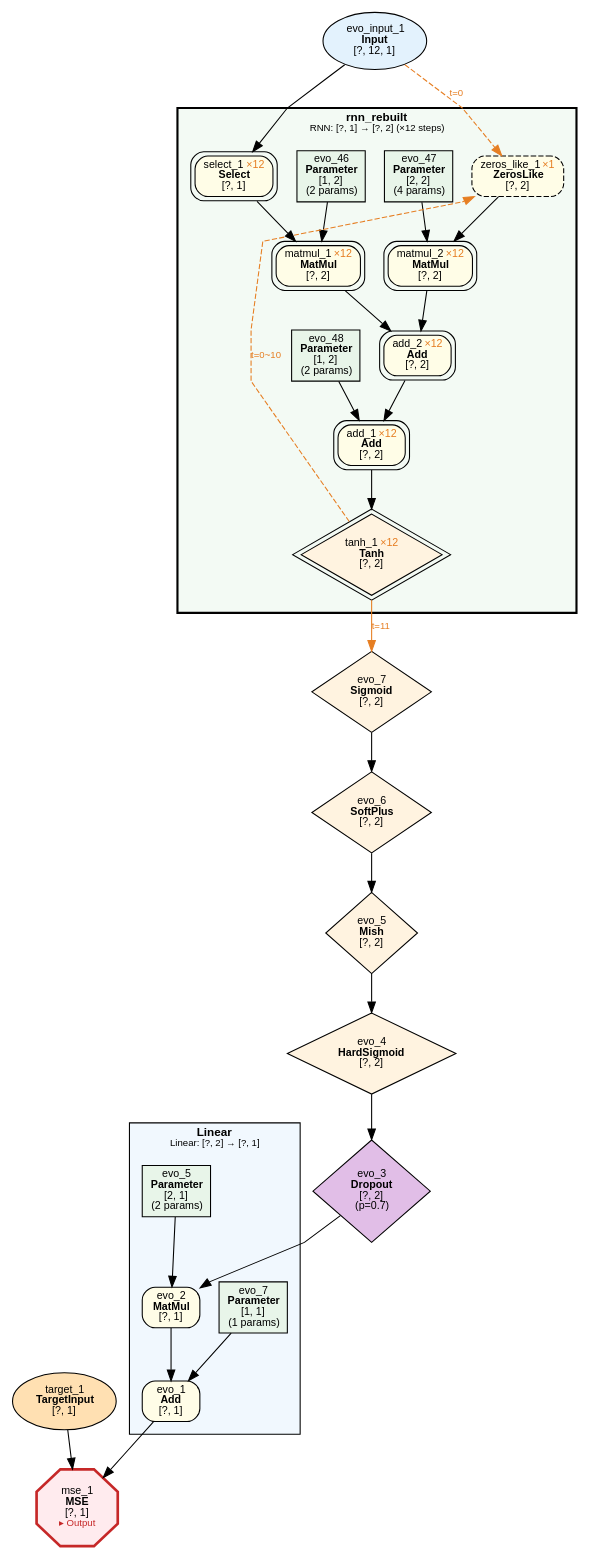
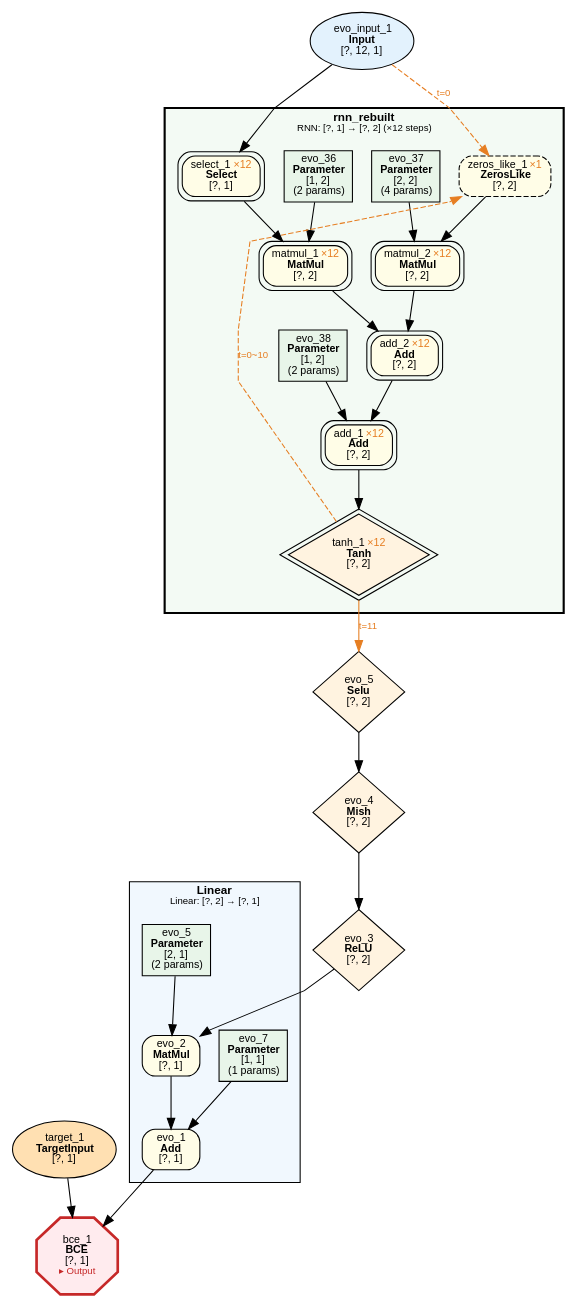
The diagram in examples/evolution/parity_seq_var_len/evolution_parity_seq_var_len.dot (dbsxdbsx/only_torch), drawn with Graphviz before and after one commit. The commit also changed 25 other files, not shown here.

```diff
--- a/examples/evolution/parity_seq_var_len/evolution_parity_seq_var_len.dot
+++ b/examples/evolution/parity_seq_var_len/evolution_parity_seq_var_len.dot
@@ -1,74 +1,70 @@
 digraph ComputeGraph {
     rankdir=TB;
     newrank=true;
     splines=polyline;
     node [fontname="Microsoft YaHei,SimHei,Arial"];
     edge [fontname="Microsoft YaHei,SimHei,Arial"];
 
     subgraph cluster_group_linear_1 {
         label=<<B>Linear</B><BR/><FONT POINT-SIZE="9">Linear: [?, 2] → [?, 1]</FONT>>;
         style=filled;
         fillcolor="#E3F2FD80";
         fontname="Microsoft YaHei,SimHei,Arial";
         fontsize=11;
         margin=12;
             "2" [label=<evo_1<BR/><B>Add</B><BR/>[?, 1]> shape=box style="filled,rounded" fillcolor="#FFFDE7" fontsize=10];
             "4" [label=<evo_2<BR/><B>MatMul</B><BR/>[?, 1]> shape=box style="filled,rounded" fillcolor="#FFFDE7" fontsize=10];
             "5" [label=<evo_7<BR/><B>Parameter</B><BR/>[1, 1]<BR/>(1 params)> shape=box style=filled fillcolor="#E8F5E9" fontsize=10];
             "7" [label=<evo_5<BR/><B>Parameter</B><BR/>[2, 1]<BR/>(2 params)> shape=box style=filled fillcolor="#E8F5E9" fontsize=10];
     }
 
     subgraph cluster_group_rnn_0 {
         label=<<B>rnn_rebuilt</B><BR/><FONT POINT-SIZE="9">RNN: [?, 1] → [?, 2] (×12 steps)</FONT>>;
         style="filled,bold";
         peripheries=3;
         penwidth=2;
         fillcolor="#E8F5E980";
         fontname="Microsoft YaHei,SimHei,Arial";
         fontsize=11;
         margin=12;
-            "12" [label=<evo_48<BR/><B>Parameter</B><BR/>[1, 2]<BR/>(2 params)> shape=box style=filled fillcolor="#E8F5E9" fontsize=10];
-            "13" [label=<evo_46<BR/><B>Parameter</B><BR/>[1, 2]<BR/>(2 params)> shape=box style=filled fillcolor="#E8F5E9" fontsize=10];
-            "14" [label=<evo_47<BR/><B>Parameter</B><BR/>[2, 2]<BR/>(4 params)> shape=box style=filled fillcolor="#E8F5E9" fontsize=10];
-            "16" [label=<tanh_1 <FONT COLOR="#E67E22">×12</FONT><BR/><B>Tanh</B><BR/>[?, 2]> shape=diamond style=filled fillcolor="#FFF3E0" fontsize=10 peripheries=2];
-            "17" [label=<add_1 <FONT COLOR="#E67E22">×12</FONT><BR/><B>Add</B><BR/>[?, 2]> shape=box style="filled,rounded" fillcolor="#FFFDE7" fontsize=10 peripheries=2];
-            "18" [label=<add_2 <FONT COLOR="#E67E22">×12</FONT><BR/><B>Add</B><BR/>[?, 2]> shape=box style="filled,rounded" fillcolor="#FFFDE7" fontsize=10 peripheries=2];
-            "19" [label=<matmul_1 <FONT COLOR="#E67E22">×12</FONT><BR/><B>MatMul</B><BR/>[?, 2]> shape=box style="filled,rounded" fillcolor="#FFFDE7" fontsize=10 peripheries=2];
-            "20" [label=<matmul_2 <FONT COLOR="#E67E22">×12</FONT><BR/><B>MatMul</B><BR/>[?, 2]> shape=box style="filled,rounded" fillcolor="#FFFDE7" fontsize=10 peripheries=2];
-            "21" [label=<select_1 <FONT COLOR="#E67E22">×12</FONT><BR/><B>Select</B><BR/>[?, 1]> shape=box style="filled,rounded" fillcolor="#FFFDE7" fontsize=10 peripheries=2];
-            "22" [label=<zeros_like_1 <FONT COLOR="#E67E22">×1</FONT><BR/><B>ZerosLike</B><BR/>[?, 2]> shape=box style="filled,rounded,dashed" fillcolor="#FFFDE7" fontsize=10];
+            "10" [label=<evo_38<BR/><B>Parameter</B><BR/>[1, 2]<BR/>(2 params)> shape=box style=filled fillcolor="#E8F5E9" fontsize=10];
+            "11" [label=<evo_36<BR/><B>Parameter</B><BR/>[1, 2]<BR/>(2 params)> shape=box style=filled fillcolor="#E8F5E9" fontsize=10];
+            "12" [label=<evo_37<BR/><B>Parameter</B><BR/>[2, 2]<BR/>(4 params)> shape=box style=filled fillcolor="#E8F5E9" fontsize=10];
+            "14" [label=<tanh_1 <FONT COLOR="#E67E22">×12</FONT><BR/><B>Tanh</B><BR/>[?, 2]> shape=diamond style=filled fillcolor="#FFF3E0" fontsize=10 peripheries=2];
+            "15" [label=<add_1 <FONT COLOR="#E67E22">×12</FONT><BR/><B>Add</B><BR/>[?, 2]> shape=box style="filled,rounded" fillcolor="#FFFDE7" fontsize=10 peripheries=2];
+            "16" [label=<add_2 <FONT COLOR="#E67E22">×12</FONT><BR/><B>Add</B><BR/>[?, 2]> shape=box style="filled,rounded" fillcolor="#FFFDE7" fontsize=10 peripheries=2];
+            "17" [label=<matmul_1 <FONT COLOR="#E67E22">×12</FONT><BR/><B>MatMul</B><BR/>[?, 2]> shape=box style="filled,rounded" fillcolor="#FFFDE7" fontsize=10 peripheries=2];
+            "18" [label=<matmul_2 <FONT COLOR="#E67E22">×12</FONT><BR/><B>MatMul</B><BR/>[?, 2]> shape=box style="filled,rounded" fillcolor="#FFFDE7" fontsize=10 peripheries=2];
+            "19" [label=<select_1 <FONT COLOR="#E67E22">×12</FONT><BR/><B>Select</B><BR/>[?, 1]> shape=box style="filled,rounded" fillcolor="#FFFDE7" fontsize=10 peripheries=2];
+            "20" [label=<zeros_like_1 <FONT COLOR="#E67E22">×1</FONT><BR/><B>ZerosLike</B><BR/>[?, 2]> shape=box style="filled,rounded,dashed" fillcolor="#FFFDE7" fontsize=10];
     }
 
-    "1" [label=<mse_1<BR/><B>MSE</B><BR/>[?, 1]<BR/><FONT COLOR="#C62828" POINT-SIZE="9">▸ Output</FONT>> shape=octagon style=filled fillcolor="#FFEBEE" fontsize=10 penwidth=2.5 color="#C62828"];
+    "1" [label=<bce_1<BR/><B>BCE</B><BR/>[?, 1]<BR/><FONT COLOR="#C62828" POINT-SIZE="9">▸ Output</FONT>> shape=octagon style=filled fillcolor="#FFEBEE" fontsize=10 penwidth=2.5 color="#C62828"];
     "3" [label=<target_1<BR/><B>TargetInput</B><BR/>[?, 1]> shape=ellipse style=filled fillcolor="#FFE0B2" fontsize=10];
-    "6" [label=<evo_3<BR/><B>Dropout</B><BR/>[?, 2]<BR/>(p=0.7)> shape=diamond style=filled fillcolor="#E1BEE7" fontsize=10];
-    "8" [label=<evo_4<BR/><B>HardSigmoid</B><BR/>[?, 2]> shape=diamond style=filled fillcolor="#FFF3E0" fontsize=10];
-    "9" [label=<evo_5<BR/><B>Mish</B><BR/>[?, 2]> shape=diamond style=filled fillcolor="#FFF3E0" fontsize=10];
-    "10" [label=<evo_6<BR/><B>SoftPlus</B><BR/>[?, 2]> shape=diamond style=filled fillcolor="#FFF3E0" fontsize=10];
-    "11" [label=<evo_7<BR/><B>Sigmoid</B><BR/>[?, 2]> shape=diamond style=filled fillcolor="#FFF3E0" fontsize=10];
-    "15" [label=<evo_input_1<BR/><B>Input</B><BR/>[?, 12, 1]> shape=ellipse style=filled fillcolor="#E3F2FD" fontsize=10];
+    "6" [label=<evo_3<BR/><B>ReLU</B><BR/>[?, 2]> shape=diamond style=filled fillcolor="#FFF3E0" fontsize=10];
+    "8" [label=<evo_4<BR/><B>Mish</B><BR/>[?, 2]> shape=diamond style=filled fillcolor="#FFF3E0" fontsize=10];
+    "9" [label=<evo_5<BR/><B>Selu</B><BR/>[?, 2]> shape=diamond style=filled fillcolor="#FFF3E0" fontsize=10];
+    "13" [label=<evo_input_1<BR/><B>Input</B><BR/>[?, 12, 1]> shape=ellipse style=filled fillcolor="#E3F2FD" fontsize=10];
 
     "2" -> "1";
     "3" -> "1";
     "4" -> "2";
     "5" -> "2";
     "6" -> "4";
     "7" -> "4";
     "8" -> "6";
     "9" -> "8";
-    "10" -> "9";
-    "11" -> "10";
-    "16" -> "11" [ color="#E67E22" label=<t=11> fontcolor="#E67E22" fontsize=9];
+    "14" -> "9" [ color="#E67E22" label=<t=11> fontcolor="#E67E22" fontsize=9];
+    "15" -> "14";
+    "16" -> "15";
+    "10" -> "15";
     "17" -> "16";
-    "18" -> "17";
-    "12" -> "17";
-    "19" -> "18";
+    "18" -> "16";
+    "19" -> "17";
+    "11" -> "17";
     "20" -> "18";
-    "21" -> "19";
+    "12" -> "18";
     "13" -> "19";
-    "22" -> "20";
-    "14" -> "20";
-    "15" -> "21";
-    "15" -> "22" [ style=dashed color="#E67E22" label=<t=0> fontcolor="#E67E22" fontsize=9];
-    "16" -> "22" [style=dashed color="#E67E22" label=<t=0~10> fontcolor="#E67E22" fontsize=9 constraint=false];
+    "13" -> "20" [ style=dashed color="#E67E22" label=<t=0> fontcolor="#E67E22" fontsize=9];
+    "14" -> "20" [style=dashed color="#E67E22" label=<t=0~10> fontcolor="#E67E22" fontsize=9 constraint=false];
 }
```
